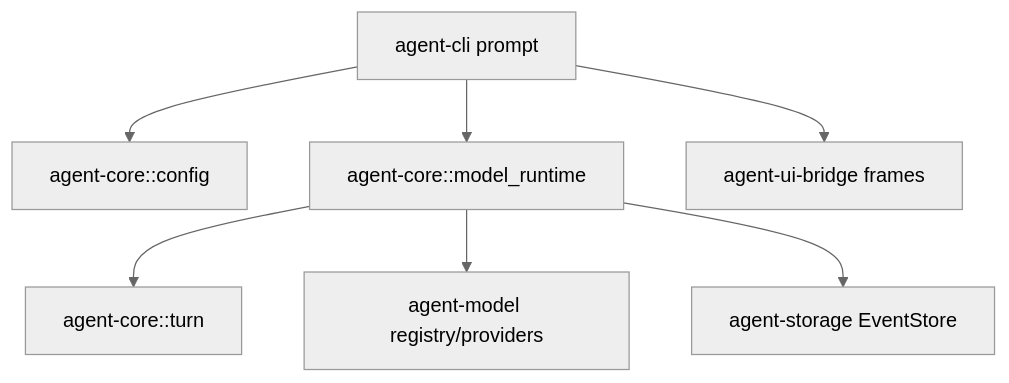
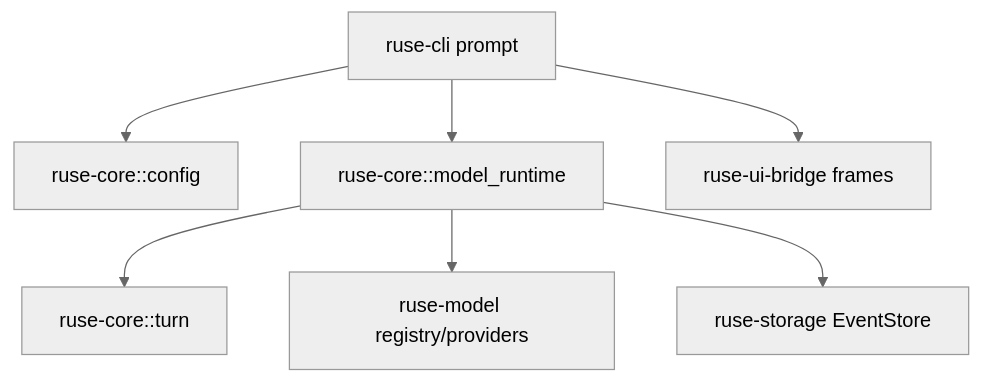
One commit to poneding/agent changed the diagram in docs/specs/M15-config-driven-turn-execution.spec.md. Above: the diagram before and after it, drawn with Mermaid (neutral theme). The commit also changed other lines of this file and 2091 other files, not shown here.

First line of the commit message:
refactor: rename agent branding to ruse

````diff
--- a/docs/specs/M15-config-driven-turn-execution.spec.md
+++ b/docs/specs/M15-config-driven-turn-execution.spec.md
@@ -53,9 +53,9 @@
 ```mermaid
 flowchart TD
-  CLI["agent-cli prompt"] --> CoreConfig["agent-core::config"]
-  CLI --> CoreRuntime["agent-core::model_runtime"]
-  CoreRuntime --> Turn["agent-core::turn"]
-  CoreRuntime --> Model["agent-model registry/providers"]
-  CoreRuntime --> Storage["agent-storage EventStore"]
-  CLI --> Bridge["agent-ui-bridge frames"]
+  CLI["ruse-cli prompt"] --> CoreConfig["ruse-core::config"]
+  CLI --> CoreRuntime["ruse-core::model_runtime"]
+  CoreRuntime --> Turn["ruse-core::turn"]
+  CoreRuntime --> Model["ruse-model registry/providers"]
+  CoreRuntime --> Storage["ruse-storage EventStore"]
+  CLI --> Bridge["ruse-ui-bridge frames"]
 ```
````
